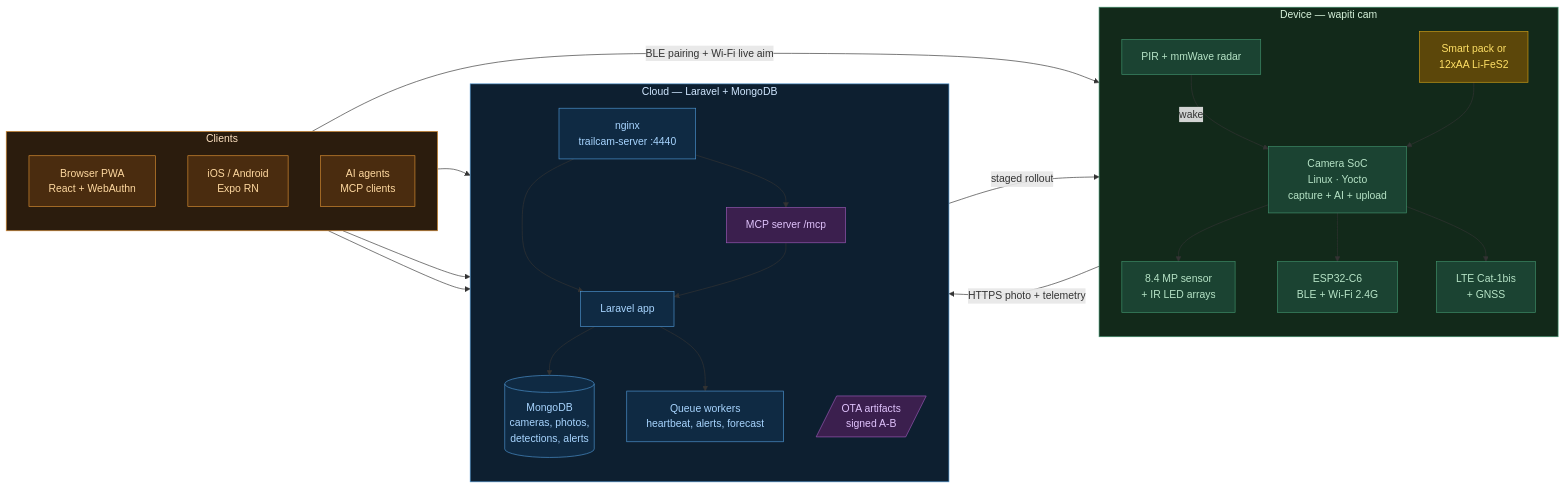
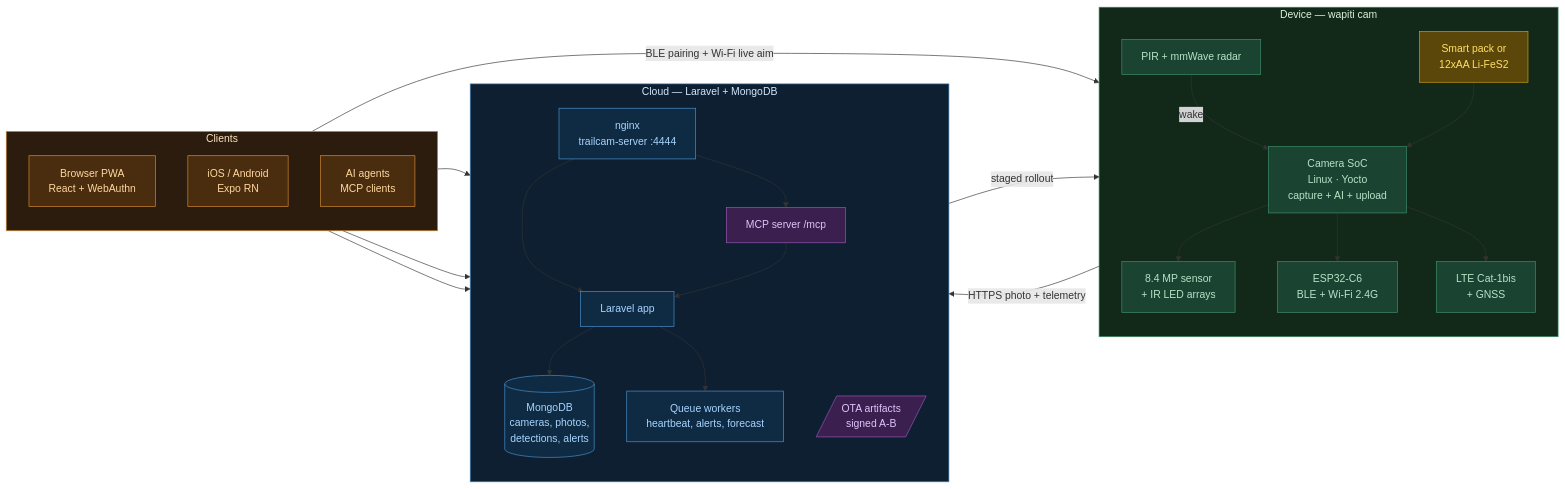
One commit to jambamamba/trailcam changed the first of 5 diagrams in docs/project-plan.md. Above: the diagram before and after it, drawn with Mermaid. The commit also changed other lines of this file and 5 other files, not shown here.

````diff
--- a/docs/project-plan.md
+++ b/docs/project-plan.md
@@ -124,62 +126,62 @@
 ```mermaid
 flowchart LR
     subgraph DEV["Device — wapiti cam"]
         direction TB
         SoC["Camera SoC<br/>Linux · Yocto<br/>capture + AI + upload"]
         Sensor["8.4 MP sensor<br/>+ IR LED arrays"]
         Modem["LTE Cat-1bis<br/>+ GNSS"]
         Coproc["ESP32-C6<br/>BLE + Wi-Fi 2.4G"]
         Pir["PIR + mmWave radar"]
         BAT["Smart pack or<br/>12xAA Li-FeS2"]
     end
 
     subgraph CLD["Cloud — Laravel + MongoDB"]
         direction TB
-        Nginx["nginx<br/>trailcam-server :4440"]
+        Nginx["nginx<br/>trailcam-server :4444"]
         Laravel["Laravel app"]
         Mongo[("MongoDB<br/>cameras, photos,<br/>detections, alerts")]
         Jobs["Queue workers<br/>heartbeat, alerts, forecast"]
         Mcp["MCP server /mcp"]
         Ota[/"OTA artifacts<br/>signed A-B"/]
     end
 
     subgraph CLI["Clients"]
         direction TB
         PWA["Browser PWA<br/>React + WebAuthn"]
         App["iOS / Android<br/>Expo RN"]
         Agent["AI agents<br/>MCP clients"]
     end
 
     Pir -->|"wake"| SoC
     SoC --> Sensor
     SoC --> Coproc
     SoC --> Modem
     BAT --> SoC
     SoC -->|"HTTPS photo + telemetry"| Nginx
     Nginx --> Laravel
     Laravel --> Mongo
     Laravel --> Jobs
     Nginx --> Mcp
     Mcp --> Laravel
     Ota -->|"staged rollout"| Modem
     PWA --> Nginx
     App -->|"BLE pairing + Wi-Fi live aim"| Coproc
     App --> Nginx
     Agent --> Mcp
 
     classDef device fill:#1b4332,stroke:#40916c,color:#b7e4c7
     classDef power fill:#5c470a,stroke:#d4a017,color:#ffe066
     classDef cloud fill:#0f2a43,stroke:#4d94d0,color:#a8d5ff
     classDef clients fill:#4a2c0f,stroke:#d98e32,color:#ffd9a0
     classDef security fill:#3b1f4e,stroke:#9b59b6,color:#e0c3fc
 
     class SoC,Sensor,Modem,Coproc,Pir device
     class BAT power
     class Nginx,Laravel,Mongo,Jobs cloud
     class Mcp,Ota security
     class PWA,App,Agent clients
 
     style DEV fill:#12291a,stroke:#40916c,color:#d8f3dc
     style CLD fill:#0d1f30,stroke:#4d94d0,color:#d0e7ff
     style CLI fill:#2b1c0d,stroke:#d98e32,color:#ffe3c2
 ```
````
